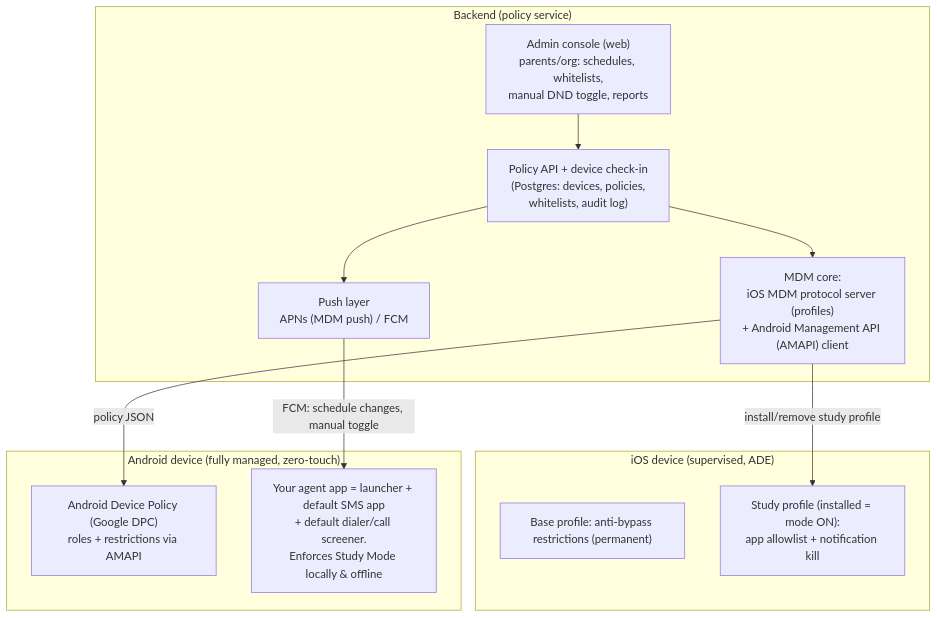
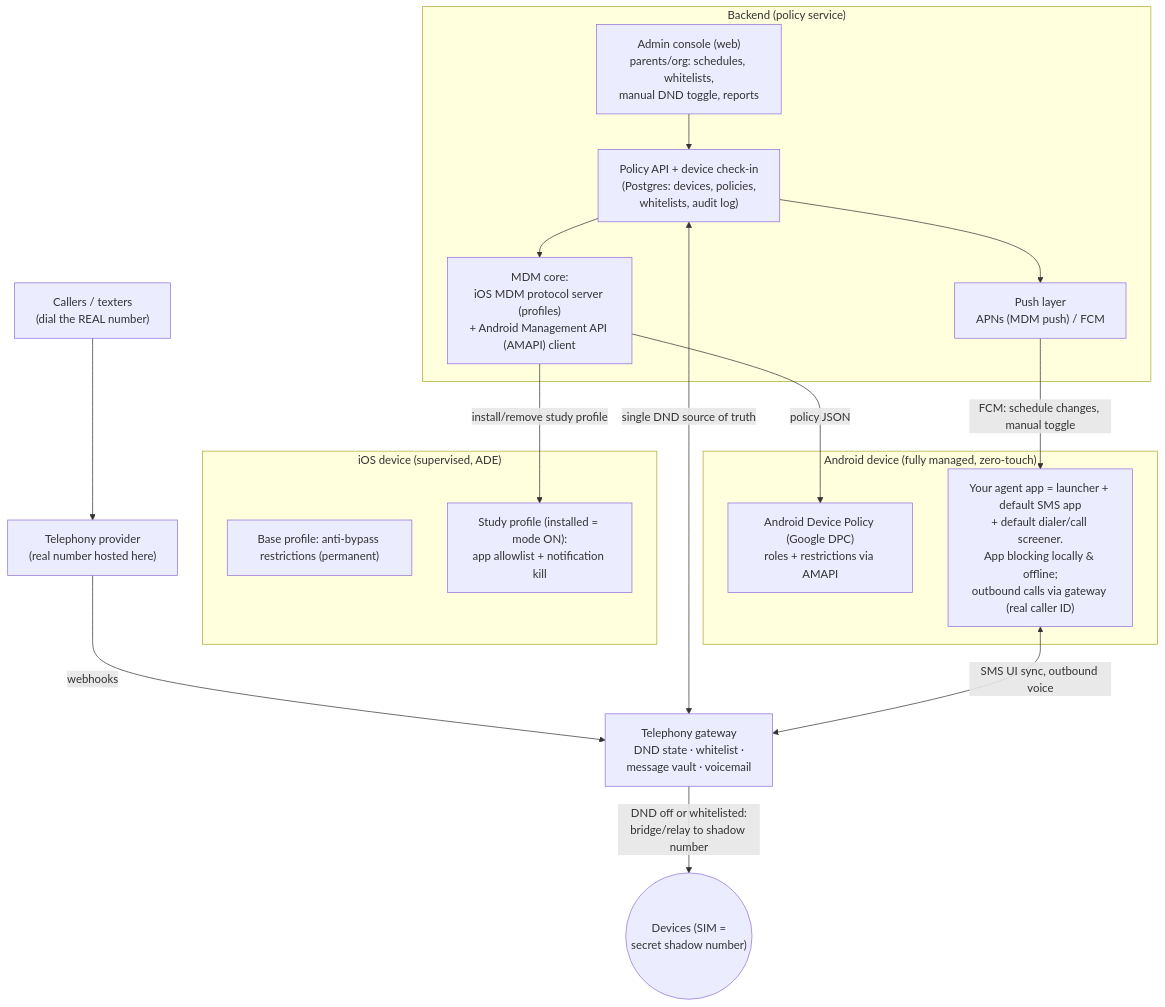
Before and after one commit to RameenHash/RameenHash.github.io: the diagram in docs/mdm-focus-platform/README.md, drawn with Mermaid. The commit also changed other lines of this file and 1 other file, not shown here.

First line of the commit message:
Adopt telephony gateway (number-in-the-cloud) as primary calls/texts mechanism

````diff
--- a/docs/mdm-focus-platform/README.md
+++ b/docs/mdm-focus-platform/README.md
@@ -36,25 +42,31 @@
 ```mermaid
 flowchart TB
+  Caller["Callers / texters\n(dial the REAL number)"] --> TelProvider["Telephony provider\n(real number hosted here)"]
+  TelProvider -->|webhooks| Gateway["Telephony gateway\nDND state · whitelist ·\nmessage vault · voicemail"]
+  Gateway -->|"DND off or whitelisted:\nbridge/relay to shadow number"| Devices(("Devices (SIM =\nsecret shadow number)"))
+
   subgraph Cloud["Backend (policy service)"]
     Console["Admin console (web)\nparents/org: schedules, whitelists,\nmanual DND toggle, reports"]
     API["Policy API + device check-in\n(Postgres: devices, policies,\nwhitelists, audit log)"]
     Push["Push layer\nAPNs (MDM push) / FCM"]
     MDM["MDM core:\niOS MDM protocol server (profiles)\n+ Android Management API (AMAPI) client"]
   end
 
   subgraph iOSDev["iOS device (supervised, ADE)"]
     Profile["Base profile: anti-bypass restrictions (permanent)"]
     StudyProfile["Study profile (installed = mode ON):\napp allowlist + notification kill"]
   end
 
   subgraph AndroidDev["Android device (fully managed, zero-touch)"]
     ADP["Android Device Policy (Google DPC)\nroles + restrictions via AMAPI"]
-    Agent["Your agent app = launcher + default SMS app\n+ default dialer/call screener.\nEnforces Study Mode locally & offline"]
+    Agent["Your agent app = launcher + default SMS app\n+ default dialer/call screener.\nApp blocking locally & offline;\noutbound calls via gateway (real caller ID)"]
   end
 
   Console --> API --> Push
+  API <-->|"single DND source of truth"| Gateway
   API --> MDM
   MDM -->|"install/remove study profile"| StudyProfile
   MDM -->|"policy JSON"| ADP
   Push -->|"FCM: schedule changes, manual toggle"| Agent
+  Agent <-->|"SMS UI sync, outbound voice"| Gateway
 ```
````
